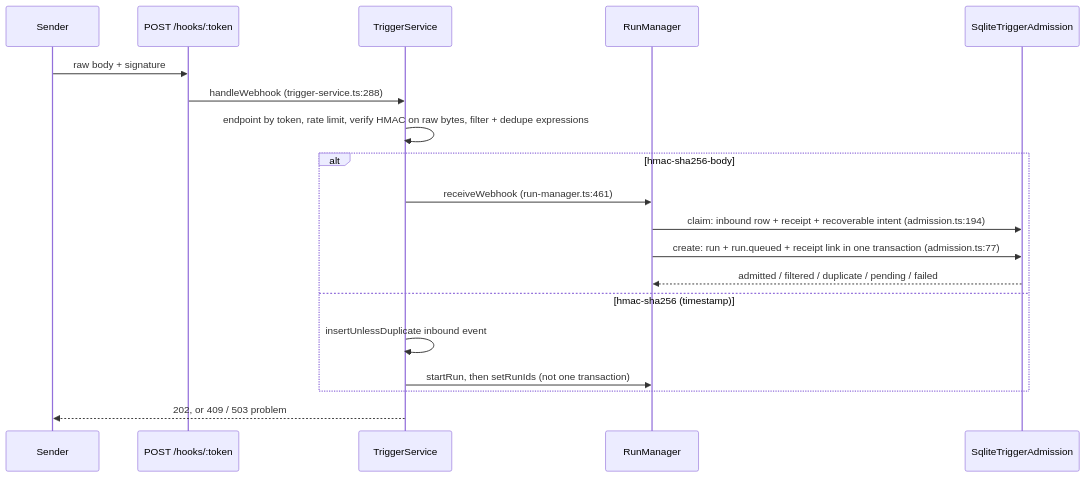
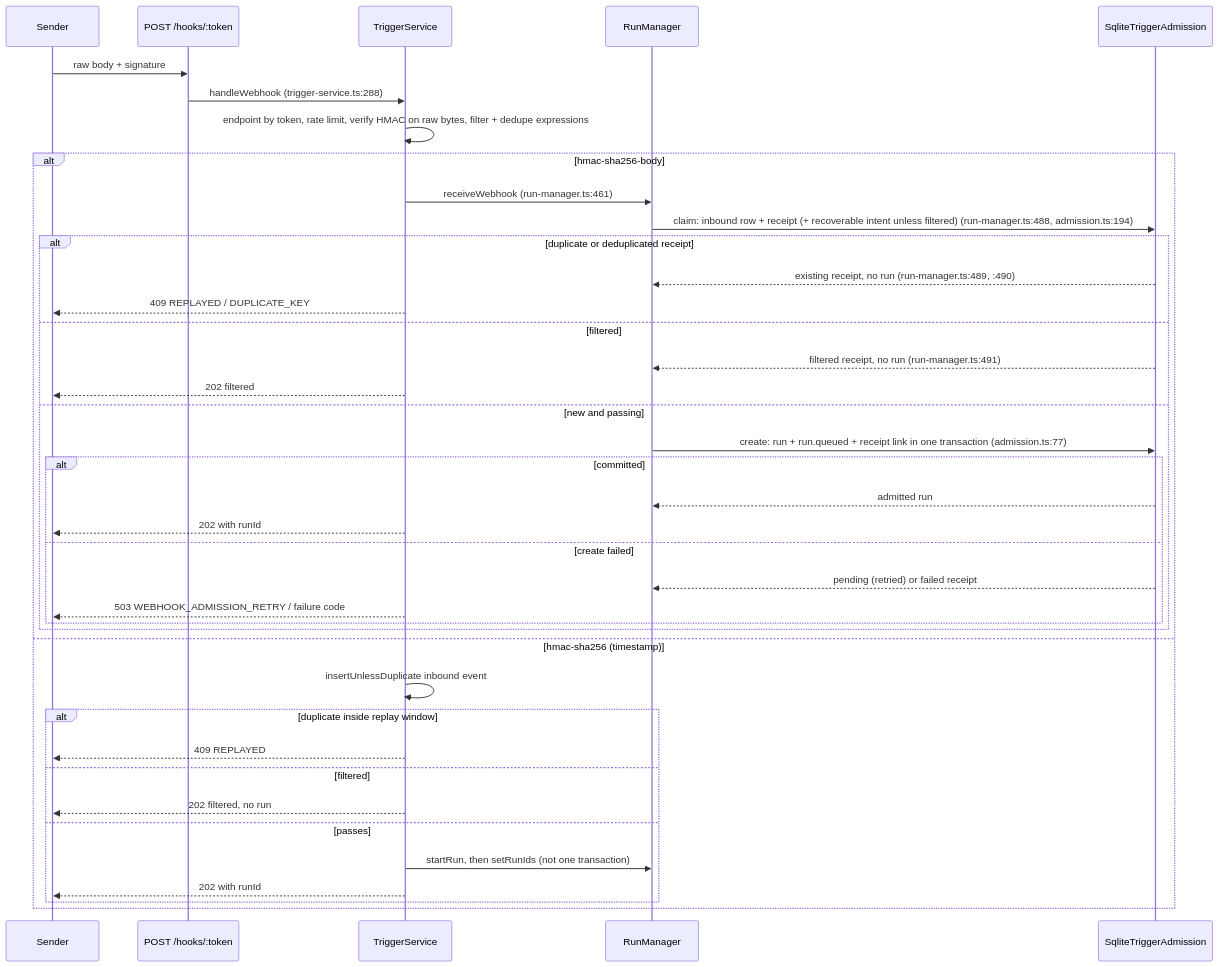
The sixth of 7 diagrams in docs/architecture/README.md (Jacob-J-Thomas/GraphGoblin), drawn with Mermaid before and after one commit. The commit also changed other lines of this file and 1 other file, not shown here.

````diff
--- a/docs/architecture/README.md
+++ b/docs/architecture/README.md
@@ -295,21 +295,41 @@
 ```mermaid
 sequenceDiagram
   participant S as Sender
   participant R as POST /hooks/:token
   participant TS as TriggerService
   participant RM as RunManager
   participant AD as SqliteTriggerAdmission
   S->>R: raw body + signature
   R->>TS: handleWebhook (trigger-service.ts:288)
   TS->>TS: endpoint by token, rate limit, verify HMAC on raw bytes, filter + dedupe expressions
   alt hmac-sha256-body
     TS->>RM: receiveWebhook (run-manager.ts:461)
-    RM->>AD: claim: inbound row + receipt + recoverable intent (admission.ts:194)
-    RM->>AD: create: run + run.queued + receipt link in one transaction (admission.ts:77)
-    AD-->>RM: admitted / filtered / duplicate / pending / failed
+    RM->>AD: claim: inbound row + receipt (+ recoverable intent unless filtered) (run-manager.ts:488, admission.ts:194)
+    alt duplicate or deduplicated receipt
+      AD-->>RM: existing receipt, no run (run-manager.ts:489, :490)
+      TS-->>S: 409 REPLAYED / DUPLICATE_KEY
+    else filtered
+      AD-->>RM: filtered receipt, no run (run-manager.ts:491)
+      TS-->>S: 202 filtered
+    else new and passing
+      RM->>AD: create: run + run.queued + receipt link in one transaction (admission.ts:77)
+      alt committed
+        AD-->>RM: admitted run
+        TS-->>S: 202 with runId
+      else create failed
+        AD-->>RM: pending (retried) or failed receipt
+        TS-->>S: 503 WEBHOOK_ADMISSION_RETRY / failure code
+      end
+    end
   else hmac-sha256 (timestamp)
     TS->>TS: insertUnlessDuplicate inbound event
-    TS->>RM: startRun, then setRunIds (not one transaction)
+    alt duplicate inside replay window
+      TS-->>S: 409 REPLAYED
+    else filtered
+      TS-->>S: 202 filtered, no run
+    else passes
+      TS->>RM: startRun, then setRunIds (not one transaction)
+      TS-->>S: 202 with runId
+    end
   end
-  TS-->>S: 202, or 409 / 503 problem
 ```
````
